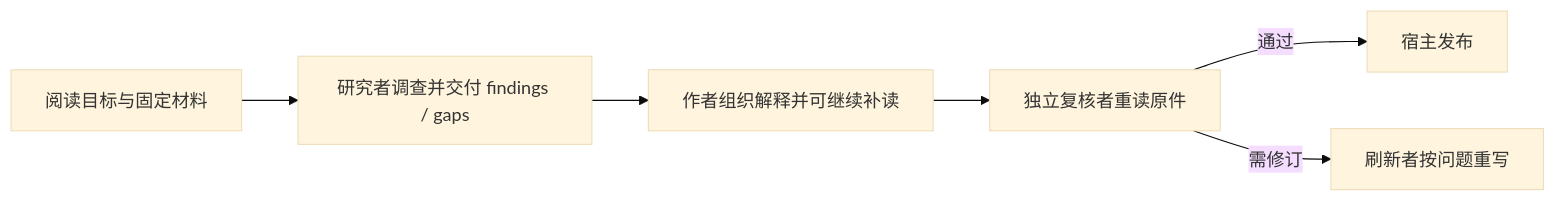
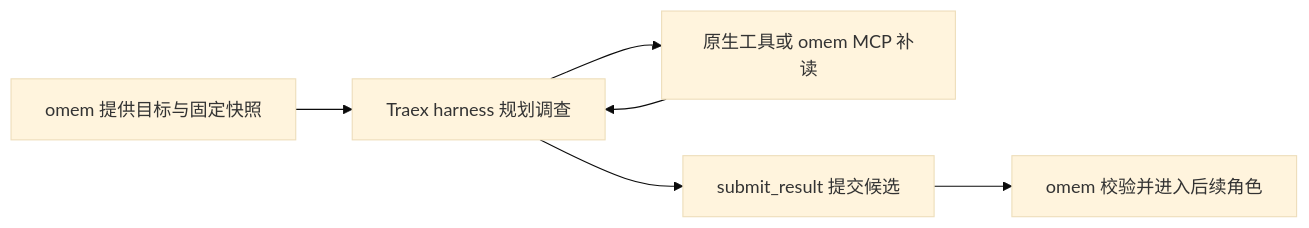
One commit to lejunyang/omem changed the diagram in .repo-review/knowledge/articles/8a78e7c7634bdf870e9fc4ddcb0670e345ae0a629b2af3c08bd864ef0f1482aa.md. Above: the diagram before and after it, drawn with Mermaid (base theme). The commit also changed other lines of this file and 13 other files, not shown here.

````diff
--- a/.repo-review/knowledge/articles/8a78e7c7634bdf870e9fc4ddcb0670e345ae0a629b2af3c08bd864ef0f1482aa.md
+++ b/.repo-review/knowledge/articles/8a78e7c7634bdf870e9fc4ddcb0670e345ae0a629b2af3c08bd864ef0f1482aa.md
@@ -35,8 +30,8 @@
 ```mermaid
 flowchart LR
-  A[阅读目标与固定材料] --> R[研究者调查并交付 findings / gaps]
-  R --> W[作者组织解释并可继续补读]
-  W --> V[独立复核者重读原件]
-  V -->|通过| P[宿主发布]
-  V -->|需修订| W2[刷新者按问题重写]
+  A[omem 提供目标与固定快照] --> B[Traex harness 规划调查]
+  B --> C[原生工具或 omem MCP 补读]
+  C --> B
+  B --> D[submit_result 提交候选]
+  D --> E[omem 校验并进入后续角色]
 ```
````
